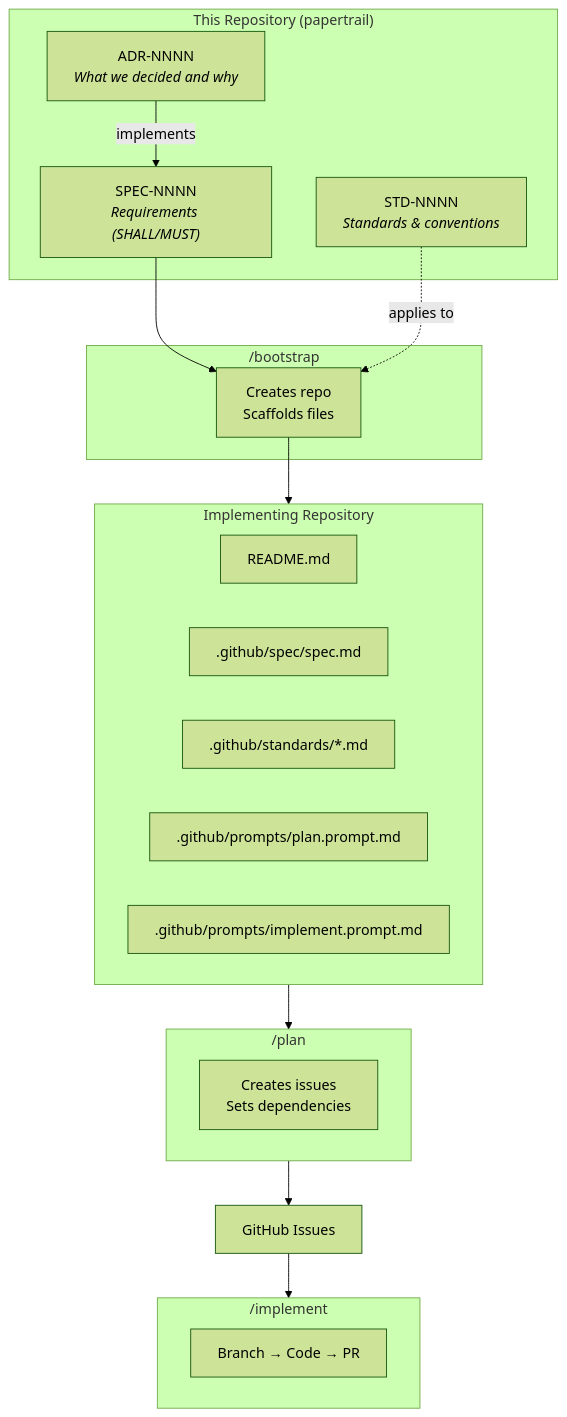
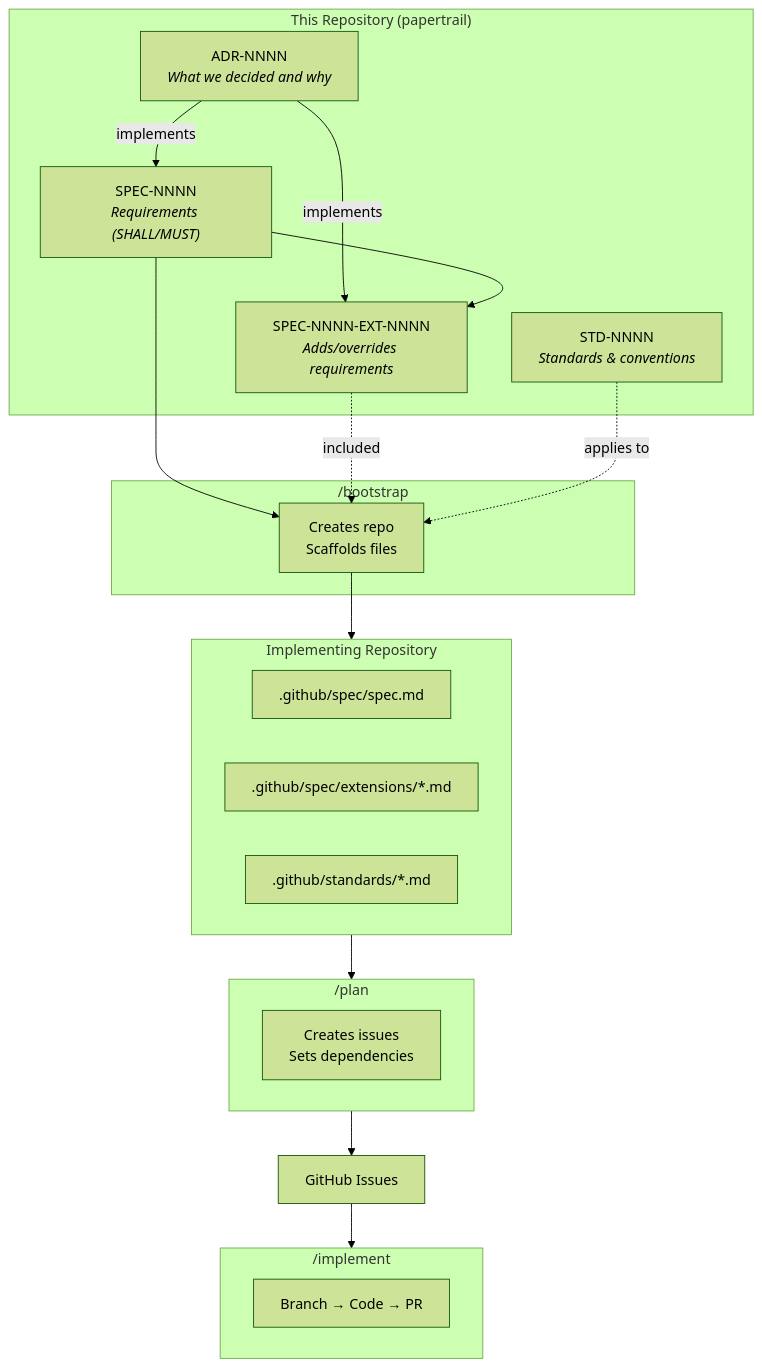
One commit to vegardx/papertrail changed the diagram in README.md. Above: the diagram before and after it, drawn with Mermaid (forest theme). The commit also changed other lines of this file, not shown here.

First line of the commit message:
Document spec extensions in README

````diff
--- a/README.md
+++ b/README.md
@@ -30,36 +32,38 @@
 ```mermaid
 flowchart TB
     subgraph papertrail["This Repository (papertrail)"]
         ADR["ADR-NNNN<br/><i>What we decided and why</i>"]
         SPEC["SPEC-NNNN<br/><i>Requirements (SHALL/MUST)</i>"]
+        EXT["SPEC-NNNN-EXT-NNNN<br/><i>Adds/overrides requirements</i>"]
         STD["STD-NNNN<br/><i>Standards & conventions</i>"]
     end
 
     subgraph bootstrap["/bootstrap"]
         BOOT["Creates repo<br/>Scaffolds files"]
     end
 
     subgraph impl["Implementing Repository"]
-        README["README.md"]
         SPECFILE[".github/spec/spec.md"]
+        EXTFILES[".github/spec/extensions/*.md"]
         STDFILES[".github/standards/*.md"]
-        PLANPROMPT[".github/prompts/plan.prompt.md"]
-        IMPLPROMPT[".github/prompts/implement.prompt.md"]
     end
 
     subgraph plan["/plan"]
         PLAN["Creates issues<br/>Sets dependencies"]
     end
 
     subgraph implement["/implement"]
         IMPL["Branch → Code → PR"]
     end
 
     ADR -->|"implements"| SPEC
+    ADR -->|"implements"| EXT
+    SPEC --> EXT
     SPEC --> BOOT
+    EXT -.->|"included"| BOOT
     STD -.->|"applies to"| BOOT
     BOOT --> impl
     impl --> plan
     plan --> ISSUES["GitHub Issues"]
     ISSUES --> implement
 ```
````
